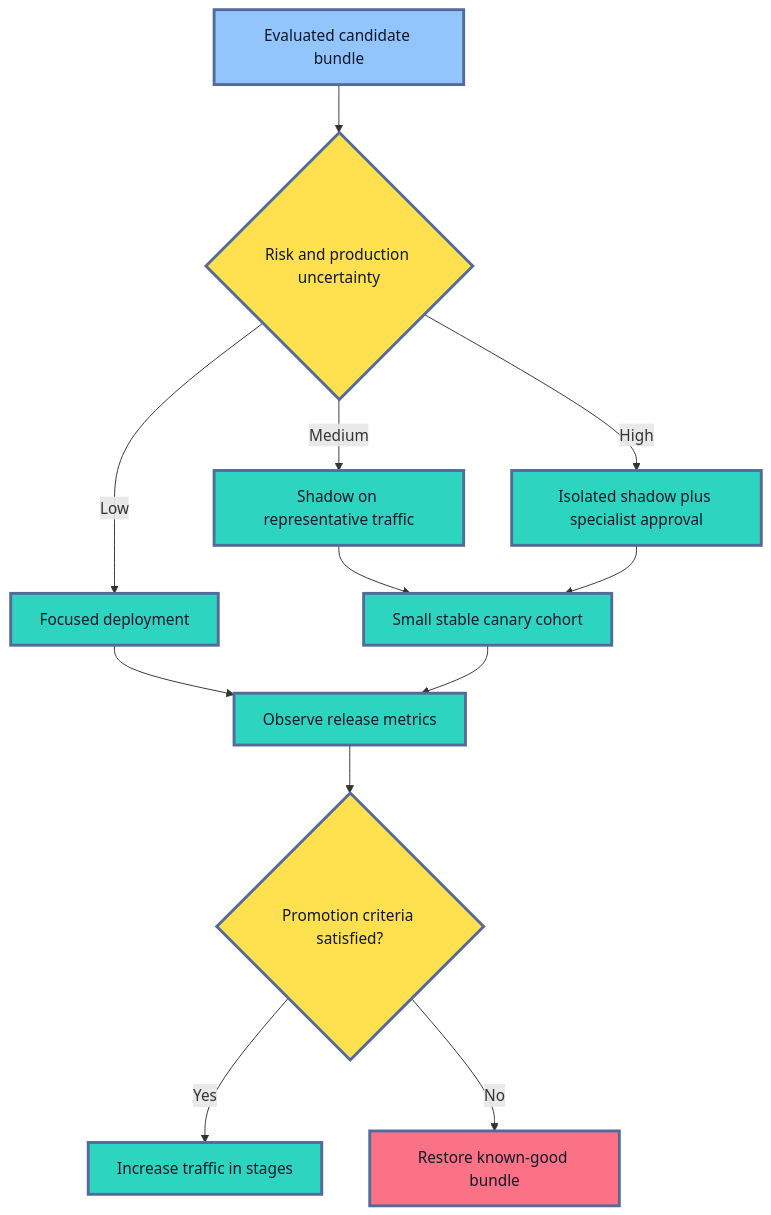
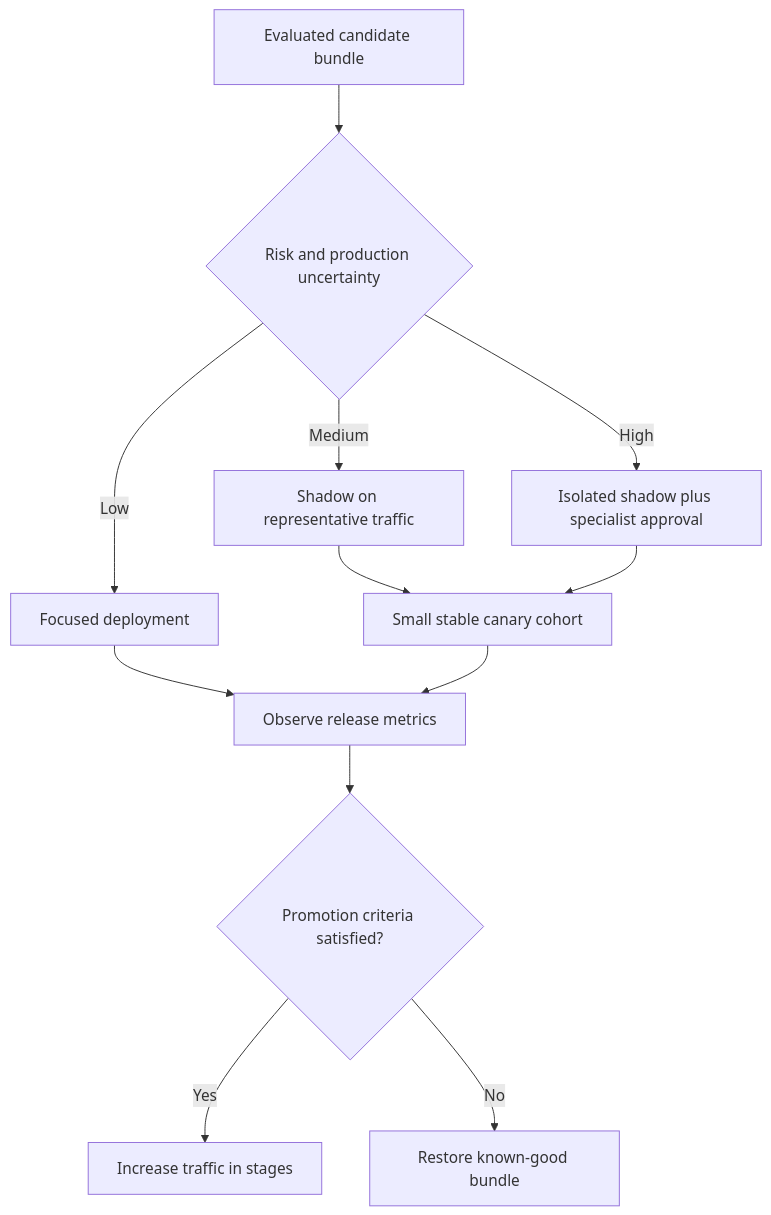
Before and after one commit to senlinyy/dev-roadmaps: the fifth of 6 diagrams in roadmaps/mlops/modules/llmops/llm-app-foundations/04-prompt-versioning-and-release.md, drawn with Mermaid. The commit also changed other lines of this file and 152 other files, not shown here.

Commit message:
feat: mlops and diagrams updated

````diff
--- a/roadmaps/mlops/modules/llmops/llm-app-foundations/04-prompt-versioning-and-release.md
+++ b/roadmaps/mlops/modules/llmops/llm-app-foundations/04-prompt-versioning-and-release.md
@@ -490,23 +476,19 @@
 ```mermaid
 flowchart TD
     A["Evaluated candidate bundle"] --> B{"Risk and production uncertainty"}
     B -->|"Low"| C["Focused deployment"]
     B -->|"Medium"| D["Shadow on representative traffic"]
     B -->|"High"| E["Isolated shadow plus specialist approval"]
     D --> F["Small stable canary cohort"]
     E --> F
     C --> G["Observe release metrics"]
     F --> G
     G --> H{"Promotion criteria satisfied?"}
     H -->|"Yes"| I["Increase traffic in stages"]
     H -->|"No"| J["Restore known-good bundle"]
 
-    classDef start fill:#93C5FD,stroke:#536A9A,stroke-width:3px,color:#0F172A
-    classDef choice fill:#FFE04F,stroke:#536A9A,stroke-width:3px,color:#111827
-    classDef stage fill:#2DD4BF,stroke:#536A9A,stroke-width:3px,color:#0F172A
-    classDef stop fill:#FB7185,stroke:#536A9A,stroke-width:3px,color:#111827
     class A start
     class B,H choice
     class C,D,E,F,G,I stage
     class J stop
 ```
````
